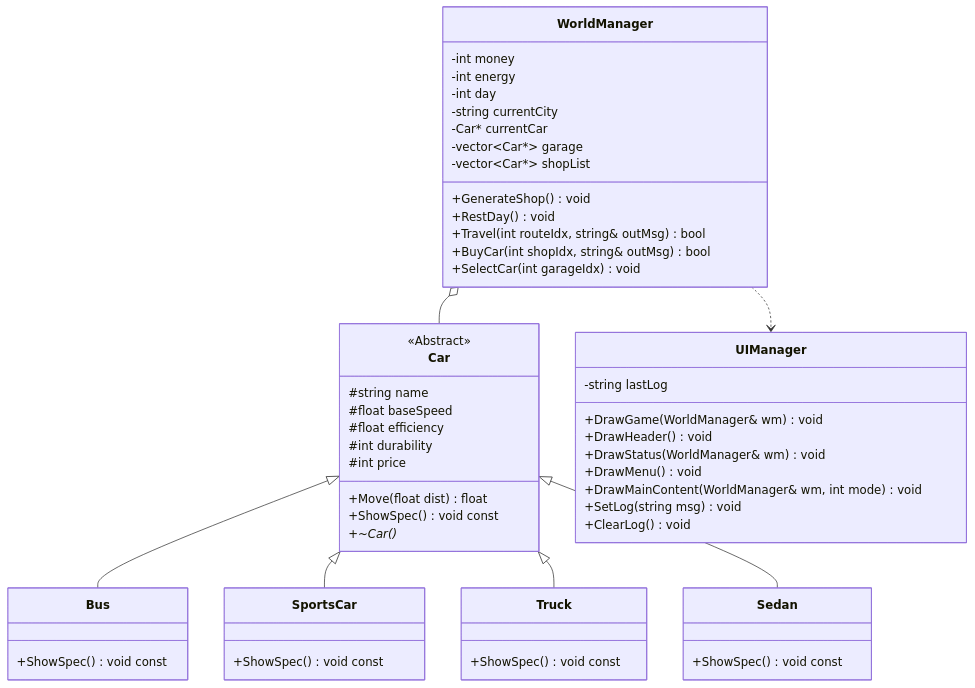
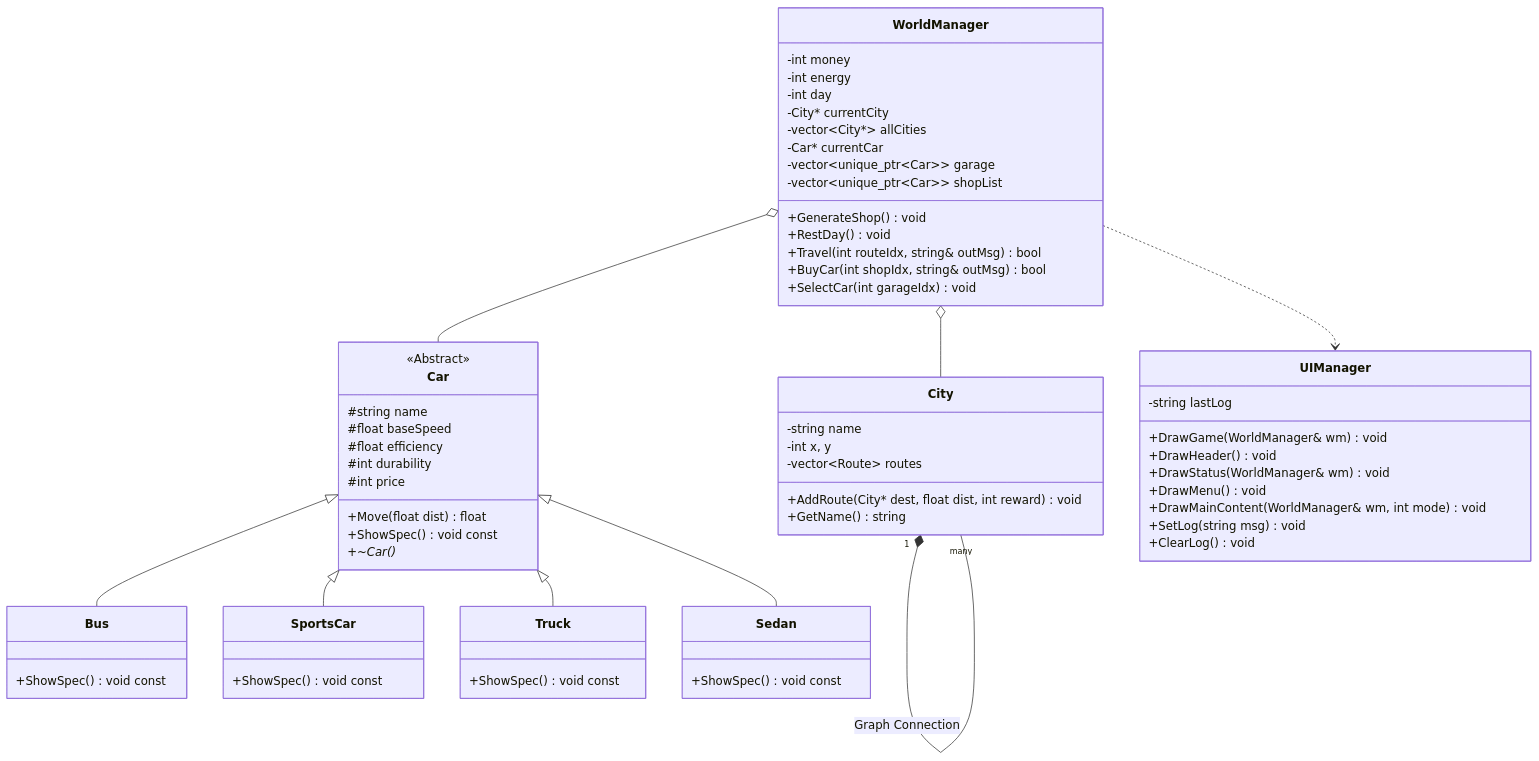
One commit to iamfreakin/PolyDrive changed the first of 2 diagrams in PROJECT_PLAN.md. Above: the diagram before and after it, drawn with Mermaid. The commit also changed other lines of this file and 13 other files, not shown here.

````diff
--- a/PROJECT_PLAN.md
+++ b/PROJECT_PLAN.md
@@ -23,51 +23,62 @@
 ```mermaid
 classDiagram
     class Car {
         <<Abstract>>
         #string name
         #float baseSpeed
         #float efficiency
         #int durability
         #int price
         +Move(float dist) float
         +ShowSpec() void const
         +~Car()*
     }
     class Bus { +ShowSpec() void const }
     class SportsCar { +ShowSpec() void const }
     class Truck { +ShowSpec() void const }
     class Sedan { +ShowSpec() void const }
 
+    class City {
+        -string name
+        -int x, y
+        -vector~Route~ routes
+        +AddRoute(City* dest, float dist, int reward) void
+        +GetName() string
+    }
+
     class WorldManager {
         -int money
         -int energy
         -int day
-        -string currentCity
+        -City* currentCity
+        -vector~City*~ allCities
         -Car* currentCar
-        -vector~Car*~ garage
-        -vector~Car*~ shopList
+        -vector~unique_ptr~Car~~ garage
+        -vector~unique_ptr~Car~~ shopList
         +GenerateShop() void
         +RestDay() void
         +Travel(int routeIdx, string& outMsg) bool
         +BuyCar(int shopIdx, string& outMsg) bool
         +SelectCar(int garageIdx) void
     }
 
     class UIManager {
         -string lastLog
         +DrawGame(WorldManager& wm) void
         +DrawHeader() void
         +DrawStatus(WorldManager& wm) void
         +DrawMenu() void
         +DrawMainContent(WorldManager& wm, int mode) void
         +SetLog(string msg) void
         +ClearLog() void
     }
 
     Car <|-- Bus
     Car <|-- SportsCar
     Car <|-- Truck
     Car <|-- Sedan
     WorldManager o-- Car
+    WorldManager o-- City
     WorldManager ..> UIManager
+    City "1" *-- "many" City : Graph Connection
 ```
````
